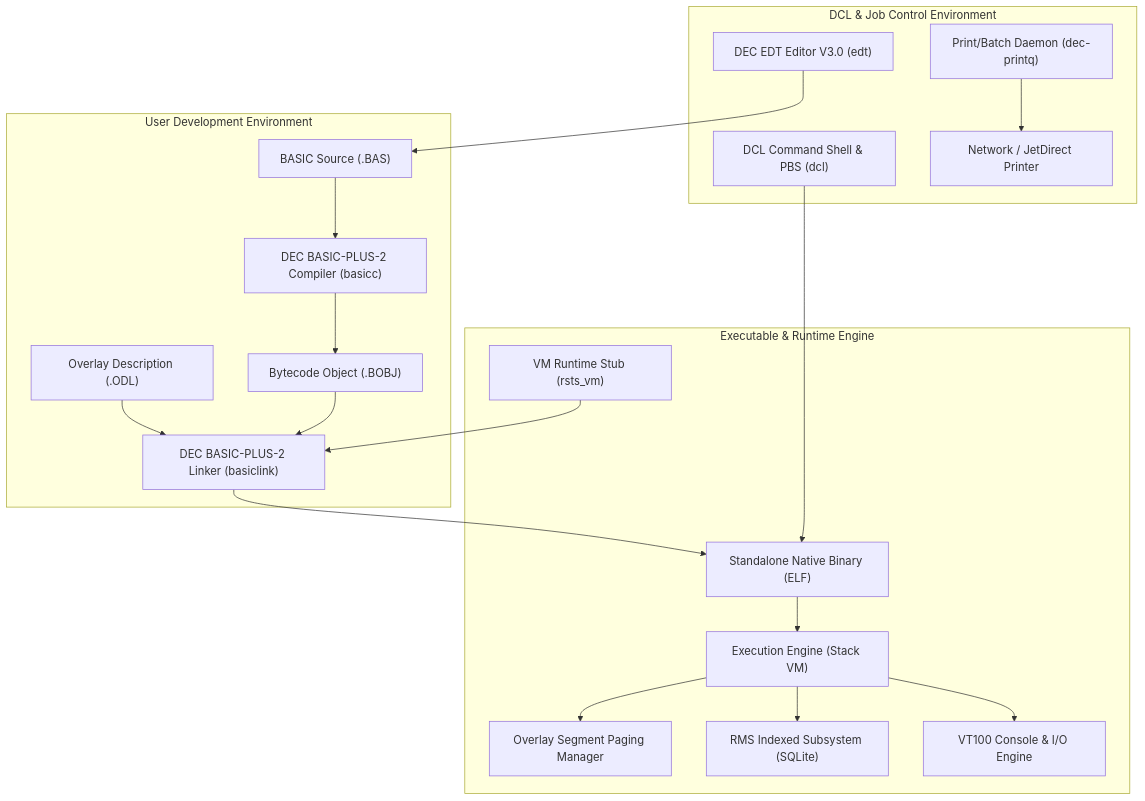
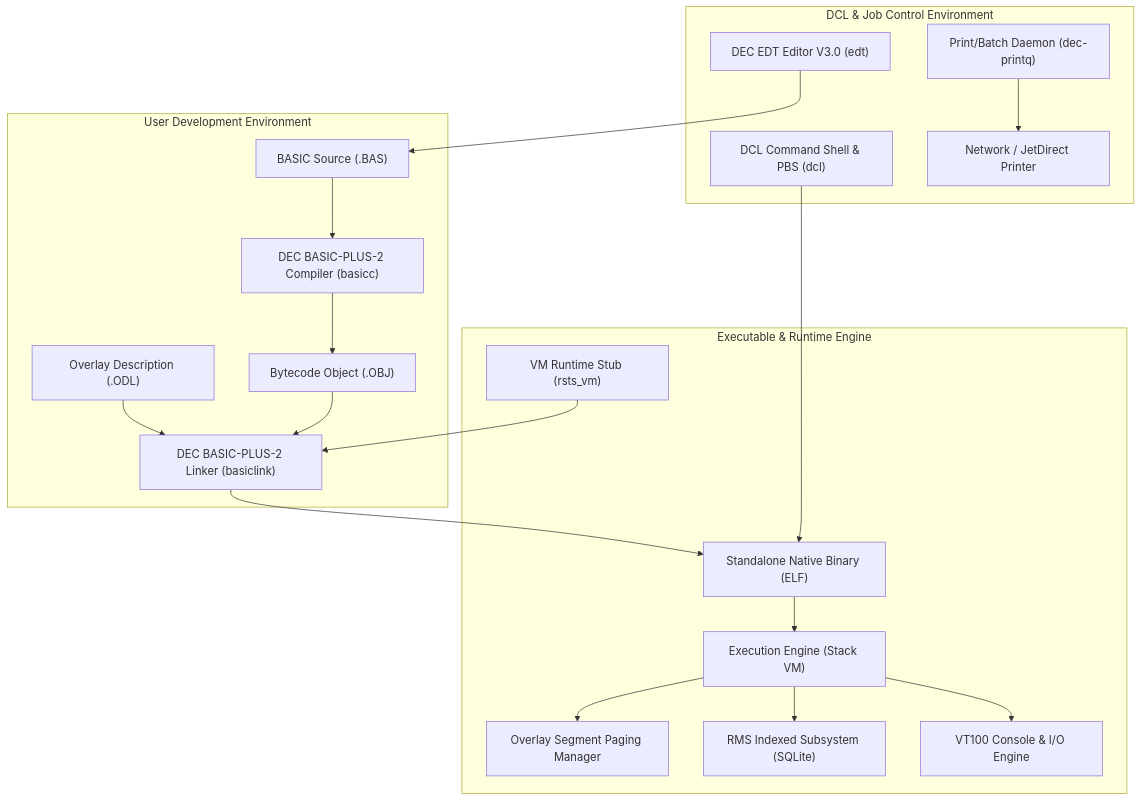
The first of 2 diagrams in docs/ARCHITECTURE.md (SSAdvisor/DEC), drawn with Mermaid before and after one commit. The commit also changed other lines of this file and 32 other files, not shown here.

````diff
--- a/docs/ARCHITECTURE.md
+++ b/docs/ARCHITECTURE.md
@@ -21,24 +21,24 @@
 ```mermaid
 flowchart TD
     subgraph Development ["User Development Environment"]
         SRC["BASIC Source (.BAS)"] --> BC["DEC BASIC-PLUS-2 Compiler (basicc)"]
         ODL["Overlay Description (.ODL)"] --> BL["DEC BASIC-PLUS-2 Linker (basiclink)"]
-        BC --> BOBJ["Bytecode Object (.BOBJ)"]
-        BOBJ --> BL
+        BC --> OBJ["Bytecode Object (.OBJ)"]
+        OBJ --> BL
     end
 
     subgraph Runtime ["Executable & Runtime Engine"]
         VMSTUB["VM Runtime Stub (rsts_vm)"] --> BL
         BL --> ELF["Standalone Native Binary (ELF)"]
         ELF --> EXECUTOR["Execution Engine (Stack VM)"]
         EXECUTOR --> OVERLAY["Overlay Segment Paging Manager"]
         EXECUTOR --> RMS["RMS Indexed Subsystem (SQLite)"]
         EXECUTOR --> TUI["VT100 Console & I/O Engine"]
     end
 
     subgraph OperatingSystem ["DCL & Job Control Environment"]
         DCL["DCL Command Shell & PBS (dcl)"] --> ELF
         EDT["DEC EDT Editor V3.0 (edt)"] --> SRC
         PBS["Print/Batch Daemon (dec-printq)"] --> NETPRINT["Network / JetDirect Printer"]
     end
 ```
````
